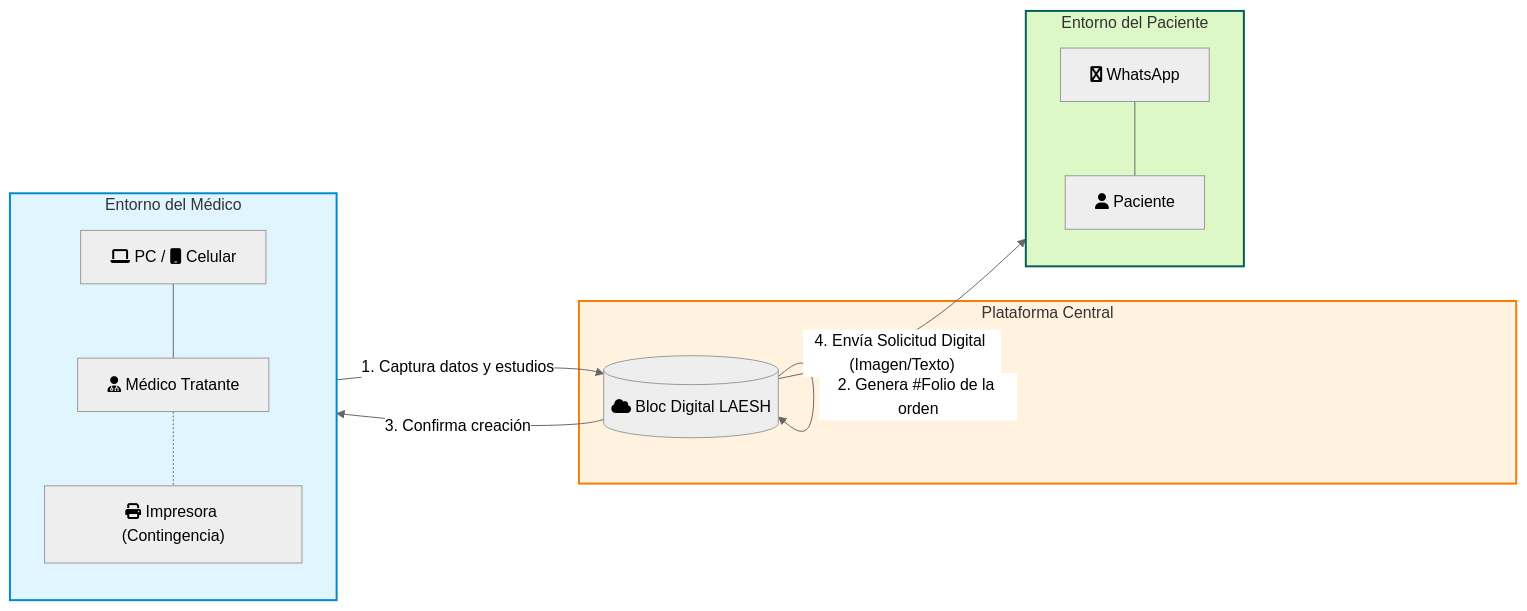
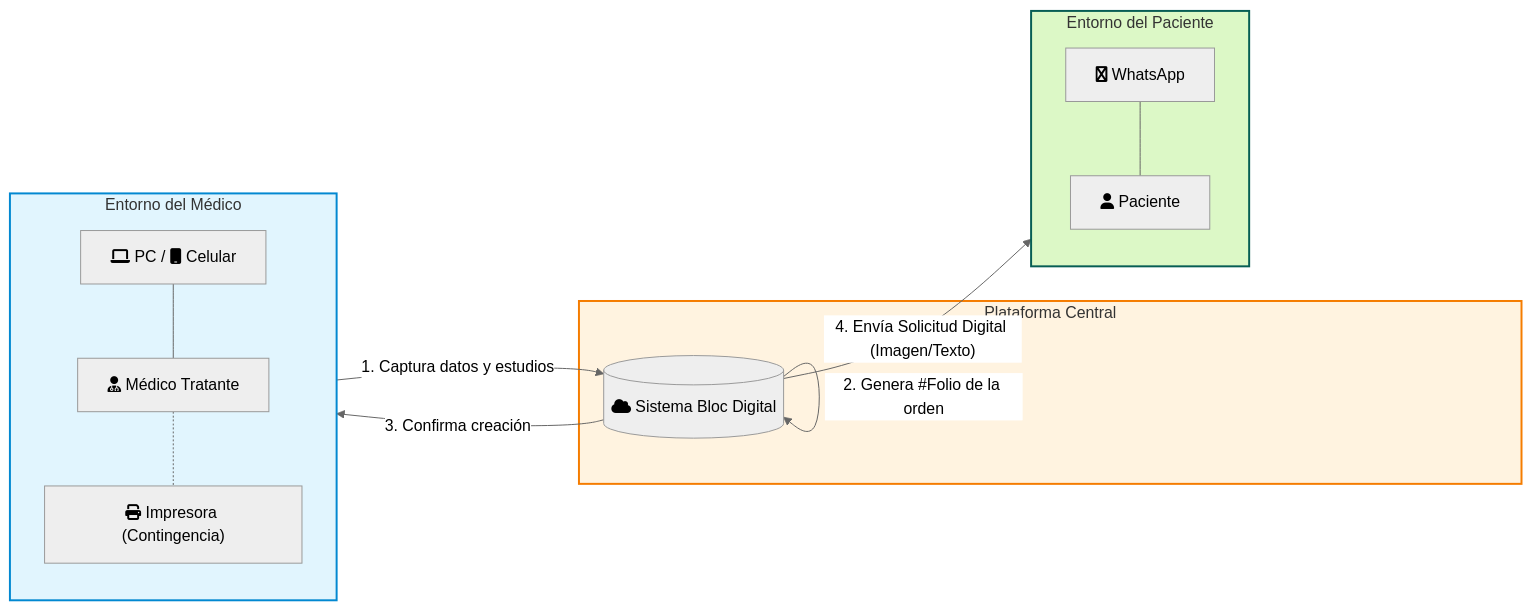
The first of 3 diagrams in portafolio-dev-2026/blocklabgd/contrato-laesh/v1.0/diagramas1.0/diagramas_flujo_fa.md (cbenavides/caelitandem_home), drawn with Mermaid (neutral theme) before and after one commit. The commit also changed 20 other files, not shown here.

Commit message:
Version 2.6, Refinando scope de resumen y propuesta para laesh se homologaron terminos , se incluyeron 3 diagramas mas para WA.

````diff
--- a/portafolio-dev-2026/blocklabgd/contrato-laesh/v1.0/diagramas1.0/diagramas_flujo_fa.md
+++ b/portafolio-dev-2026/blocklabgd/contrato-laesh/v1.0/diagramas1.0/diagramas_flujo_fa.md
@@ -4,33 +4,33 @@
 ```mermaid
 flowchart LR
     subgraph EntornoMedico ["Entorno del Médico"]
         direction TB
         DISP["fa:fa-laptop PC / fa:fa-mobile Celular"]
         M["fa:fa-user-md Médico Tratante"]
         IMP["fa:fa-print Impresora (Contingencia)"]
         
         DISP --- M
         M -.- IMP
     end
     
     subgraph Nube ["Plataforma Central"]
-        S[(fa:fa-cloud Bloc Digital LAESH)]
+        S[(fa:fa-cloud Sistema Bloc Digital)]
     end
     
     subgraph EntornoPaciente ["Entorno del Paciente"]
         direction TB
         WA["fa:fa-whatsapp WhatsApp"]
         P["fa:fa-user Paciente"]
         
         WA --- P
     end
 
     M -- "1. Captura datos y estudios" --> S
     S -- "2. Genera #Folio de la orden" --> S
     S -- "3. Confirma creación" --> M
     S -- "4. Envía Solicitud Digital (Imagen/Texto)" --> WA
     
     style EntornoMedico fill:#e1f5fe,stroke:#0288d1,stroke-width:2px
     style EntornoPaciente fill:#dcf8c6,stroke:#075e54,stroke-width:2px
     style Nube fill:#fff3e0,stroke:#f57c00,stroke-width:2px
 ```
````
